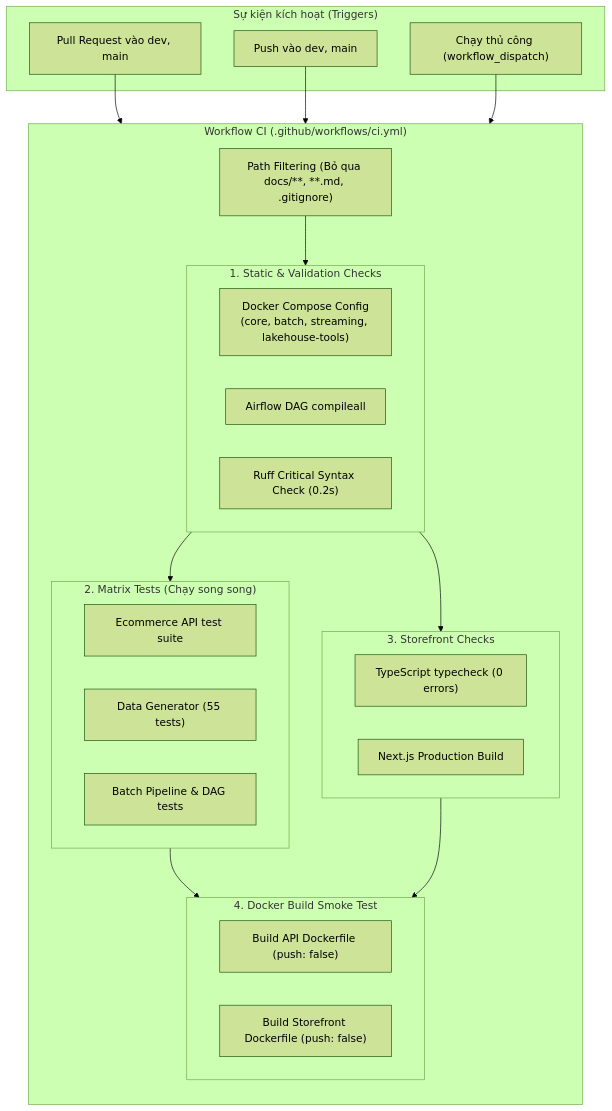
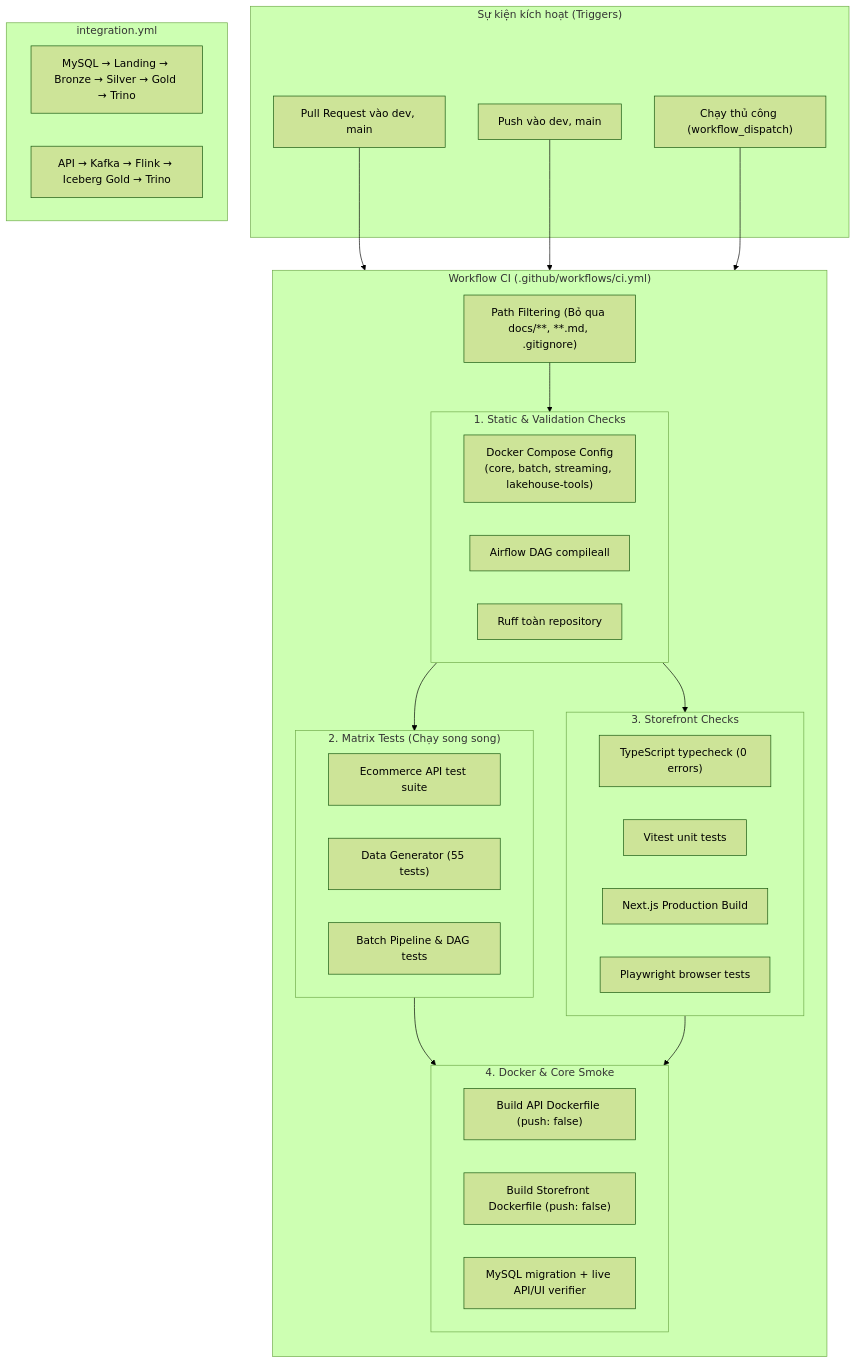
The diagram in docs/runbook/CI.md (DanhTrannn/TLCN), drawn with Mermaid (forest theme) before and after one commit. The commit also changed other lines of this file and 35 other files, not shown here.

````diff
--- a/docs/runbook/CI.md
+++ b/docs/runbook/CI.md
@@ -11,41 +14,49 @@
 ```mermaid
 flowchart TD
     subgraph Trigger["Sự kiện kích hoạt (Triggers)"]
         PR["Pull Request vào dev, main"]
         Push["Push vào dev, main"]
         Manual["Chạy thủ công (workflow_dispatch)"]
     end
 
     subgraph CI["Workflow CI (.github/workflows/ci.yml)"]
         direction TB
         Filter["Path Filtering (Bỏ qua docs/**, **.md, .gitignore)"]
         
         subgraph StaticChecks["1. Static & Validation Checks"]
             Compose["Docker Compose Config<br/>(core, batch, streaming, lakehouse-tools)"]
             DAGComp["Airflow DAG compileall"]
-            RuffLint["Ruff Critical Syntax Check (0.2s)"]
+            RuffLint["Ruff toàn repository"]
         end
 
         subgraph ParallelTests["2. Matrix Tests (Chạy song song)"]
             API_Test["Ecommerce API test suite"]
             Gen_Test["Data Generator (55 tests)"]
             Pipe_Test["Batch Pipeline & DAG tests"]
         end
 
         subgraph FrontChecks["3. Storefront Checks"]
             TypeCheck["TypeScript typecheck (0 errors)"]
+            UnitUI["Vitest unit tests"]
             NextBuild["Next.js Production Build"]
+            BrowserUI["Playwright browser tests"]
         end
 
-        subgraph DockerSmoke["4. Docker Build Smoke Test"]
+        subgraph DockerSmoke["4. Docker & Core Smoke"]
             SmokeAPI["Build API Dockerfile (push: false)"]
             SmokeUI["Build Storefront Dockerfile (push: false)"]
+            CoreLive["MySQL migration + live API/UI verifier"]
         end
 
         Filter --> StaticChecks --> ParallelTests & FrontChecks --> DockerSmoke
     end
 
     PR --> CI
     Push --> CI
     Manual --> CI
+
+    subgraph Integration["integration.yml"]
+        BatchE2E["MySQL → Landing → Bronze → Silver → Gold → Trino"]
+        StreamE2E["API → Kafka → Flink → Iceberg Gold → Trino"]
+    end
 ```
````
